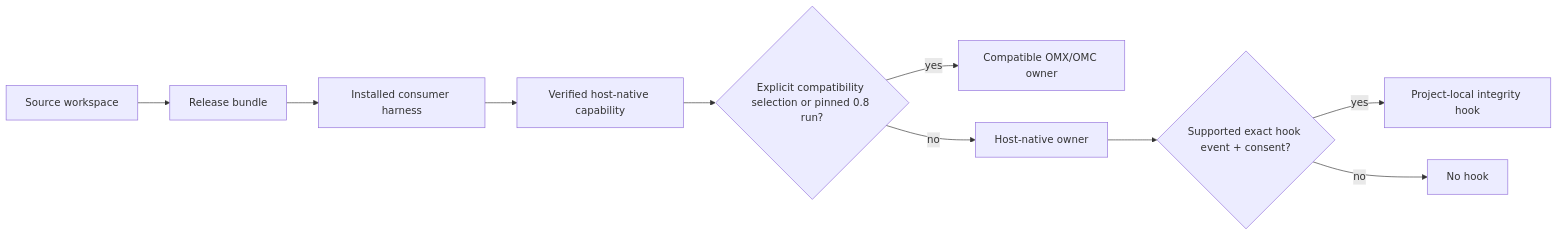
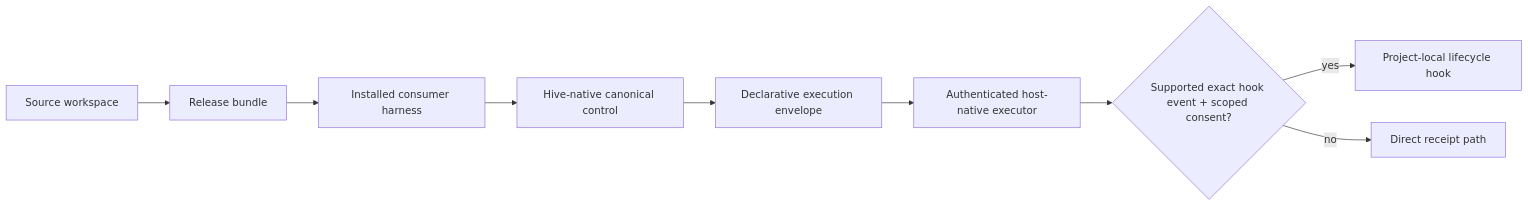
The diagram in docs/overview/product.md (gvm1229/aigent-hive), drawn with Mermaid before and after one commit. The commit also changed other lines of this file and 25 other files, not shown here.

Commit message:
docs: Hive-native 반복 실행 계획 정본화

````diff
--- a/docs/overview/product.md
+++ b/docs/overview/product.md
@@ -68,12 +69,11 @@
 ```mermaid
 flowchart LR
     A["Source workspace"] --> B["Release bundle"]
     B --> C["Installed consumer harness"]
-    C --> D["Verified host-native capability"]
-    D --> E{"Explicit compatibility selection or pinned 0.8 run?"}
-    E -->|"yes"| F["Compatible OMX/OMC owner"]
-    E -->|"no"| G["Host-native owner"]
-    G --> H{"Supported exact hook event + consent?"}
-    H -->|"yes"| I["Project-local integrity hook"]
-    H -->|"no"| J["No hook"]
+    C --> D["Hive-native canonical control"]
+    D --> E["Declarative execution envelope"]
+    E --> F["Authenticated host-native executor"]
+    F --> G{"Supported exact hook event + scoped consent?"}
+    G -->|"yes"| I["Project-local lifecycle hook"]
+    G -->|"no"| J["Direct receipt path"]
 ```
````
